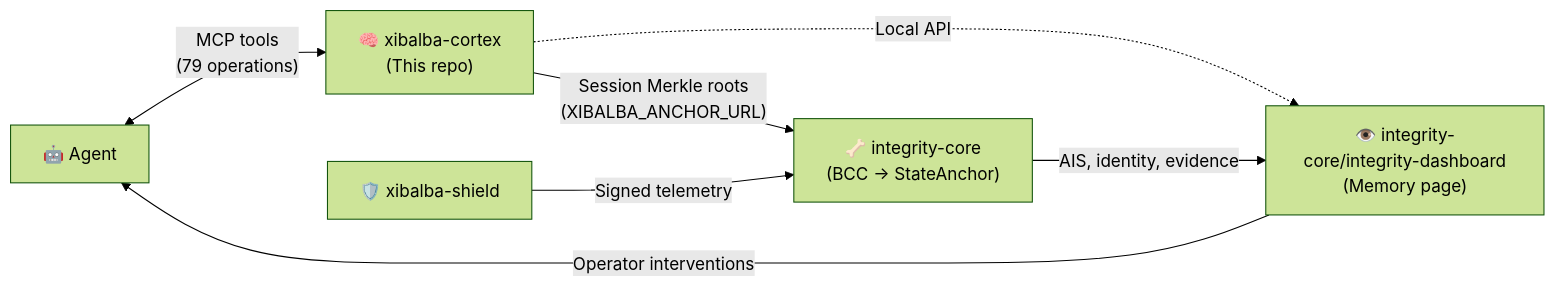
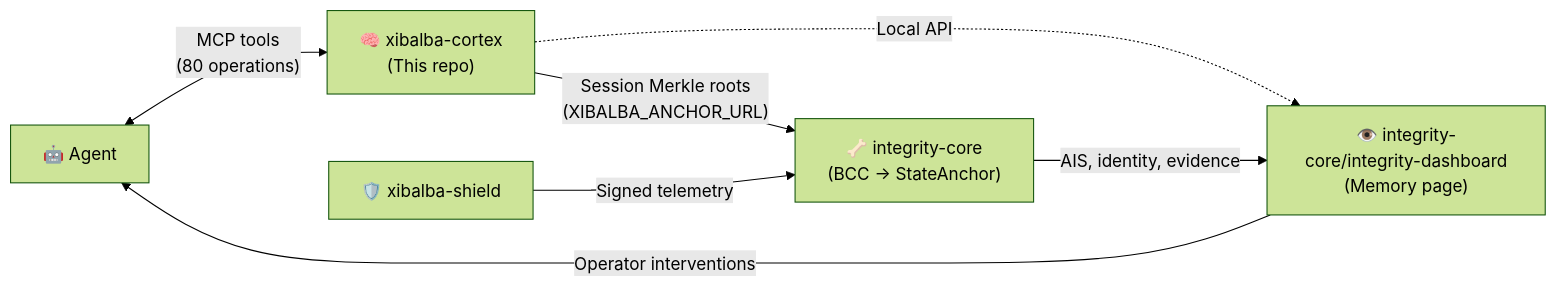
Before and after one commit to XibalbaTechSol/xibalba-cortex: the second of 2 diagrams in README.md, drawn with Mermaid (forest theme). The commit also changed other lines of this file and 69 other files, not shown here.

````diff
--- a/README.md
+++ b/README.md
@@ -402,9 +402,9 @@
 ```mermaid
 flowchart LR
-    Agent["🤖 Agent"] <-->|"MCP tools<br/>(79 operations)"| Brain["🧠 xibalba-cortex<br/>(This repo)"]
+    Agent["🤖 Agent"] <-->|"MCP tools<br/>(80 operations)"| Brain["🧠 xibalba-cortex<br/>(This repo)"]
     Brain -->|"Session Merkle roots<br/>(XIBALBA_ANCHOR_URL)"| Backbone["🦴 integrity-core<br/>(BCC → StateAnchor)"]
     Brain -.->|"Local API"| Eyes["👁️ integrity-core/integrity-dashboard<br/>(Memory page)"]
     Immune["🛡️ xibalba-shield"] -->|"Signed telemetry"| Backbone
     Backbone -->|"AIS, identity, evidence"| Eyes
     Eyes -->|"Operator interventions"| Agent
 ```
````
